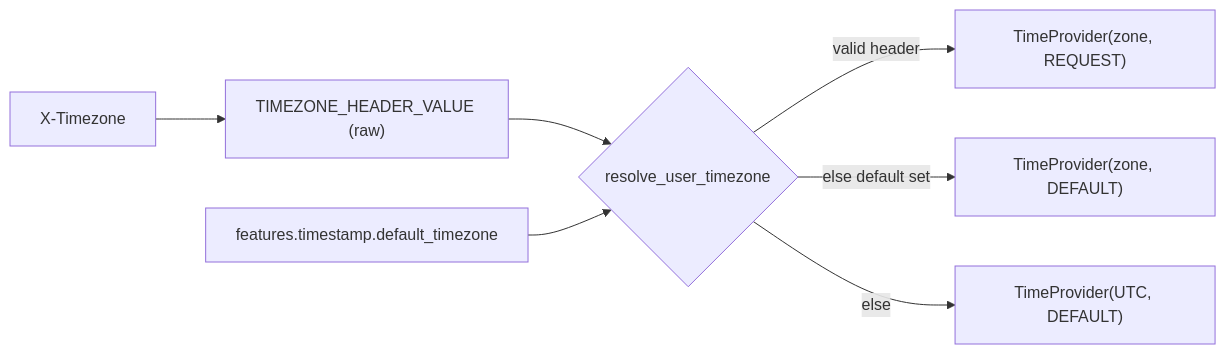
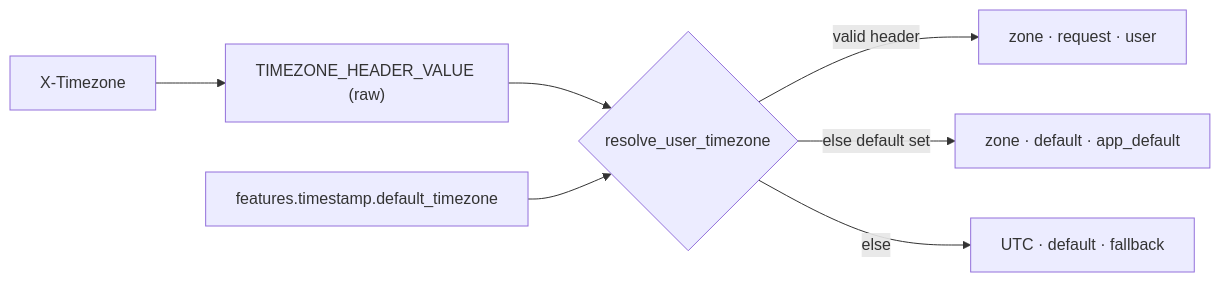
The diagram in docs/designs/user_timezone.md (epam/ai-dial-quickapps-backend), drawn with Mermaid before and after one commit. The commit also changed other lines of this file, not shown here.

Commit message:
docs: clarify time zone source labels in user time zone design (#649)

````diff
--- a/docs/designs/user_timezone.md
+++ b/docs/designs/user_timezone.md
@@ -50,9 +50,9 @@
 ```mermaid
 flowchart LR
     H["X-Timezone"] --> C["TIMEZONE_HEADER_VALUE (raw)"]
     C --> R{"resolve_user_timezone"}
     A["features.timestamp.default_timezone"] --> R
-    R -->|"valid header"| P1["TimeProvider(zone, REQUEST)"]
-    R -->|"else default set"| P2["TimeProvider(zone, DEFAULT)"]
-    R -->|"else"| P3["TimeProvider(UTC, DEFAULT)"]
+    R -->|"valid header"| P1["zone · request · user"]
+    R -->|"else default set"| P2["zone · default · app_default"]
+    R -->|"else"| P3["UTC · default · fallback"]
 ```
````
